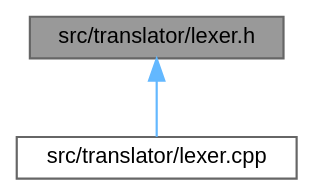
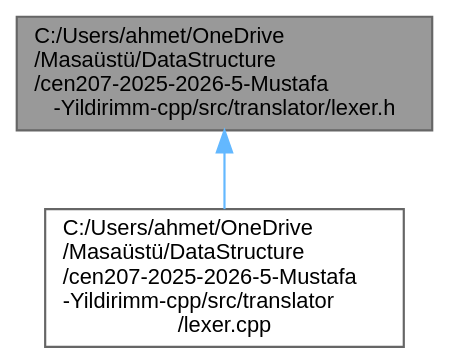
Before and after one commit to mustafayldrnn/cen207-2025-2026-5-Mustafa-Yildirimm-cpp: the diagram in docs/doxygenlibwin/rtf/lexer_8h__dep__incl.dot, drawn with Graphviz. The commit also changed 1110 other files, not shown here.

```diff
--- a/docs/doxygenlibwin/rtf/lexer_8h__dep__incl.dot
+++ b/docs/doxygenlibwin/rtf/lexer_8h__dep__incl.dot
@@ -1,11 +1,11 @@
-digraph "src/translator/lexer.h"
+digraph "C:/Users/ahmet/OneDrive/Masaüstü/DataStructure/cen207-2025-2026-5-Mustafa-Yildirimm-cpp/src/translator/lexer.h"
 {
  // INTERACTIVE_SVG=YES
  // LATEX_PDF_SIZE
   bgcolor="transparent";
   edge [fontname=Helvetica,fontsize=10,labelfontname=Helvetica,labelfontsize=10];
   node [fontname=Helvetica,fontsize=10,shape=box,height=0.2,width=0.4];
-  Node1 [id="Node000001",label="src/translator/lexer.h",height=0.2,width=0.4,color="gray40", fillcolor="grey60", style="filled", fontcolor="black",tooltip="BASIC benzeri dil için leksik analizci arabirimi."];
+  Node1 [id="Node000001",label="C:/Users/ahmet/OneDrive\l/Masaüstü/DataStructure\l/cen207-2025-2026-5-Mustafa\l-Yildirimm-cpp/src/translator/lexer.h",height=0.2,width=0.4,color="gray40", fillcolor="grey60", style="filled", fontcolor="black",tooltip="BASIC benzeri dil için leksik analizci arabirimi."];
   Node1 -> Node2 [id="edge3_Node000001_Node000002",dir="back",color="steelblue1",style="solid",tooltip=" "];
-  Node2 [id="Node000002",label="src/translator/lexer.cpp",height=0.2,width=0.4,color="grey40", fillcolor="white", style="filled",URL="$lexer_8cpp.html",tooltip="Lexer uygulaması: girdi kaynağını Token listesine dönüştürür."];
+  Node2 [id="Node000002",label="C:/Users/ahmet/OneDrive\l/Masaüstü/DataStructure\l/cen207-2025-2026-5-Mustafa\l-Yildirimm-cpp/src/translator\l/lexer.cpp",height=0.2,width=0.4,color="grey40", fillcolor="white", style="filled",URL="$lexer_8cpp.html",tooltip="Lexer uygulaması: girdi kaynağını Token listesine dönüştürür."];
 }
```
